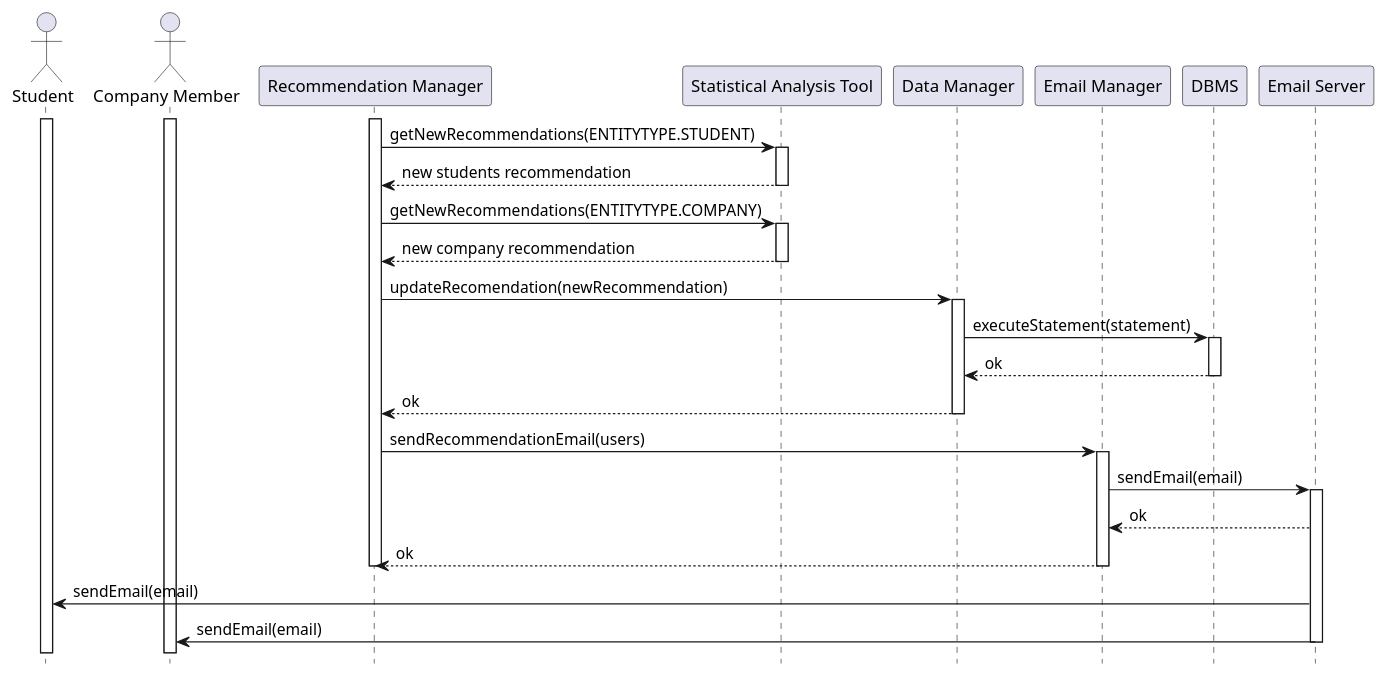
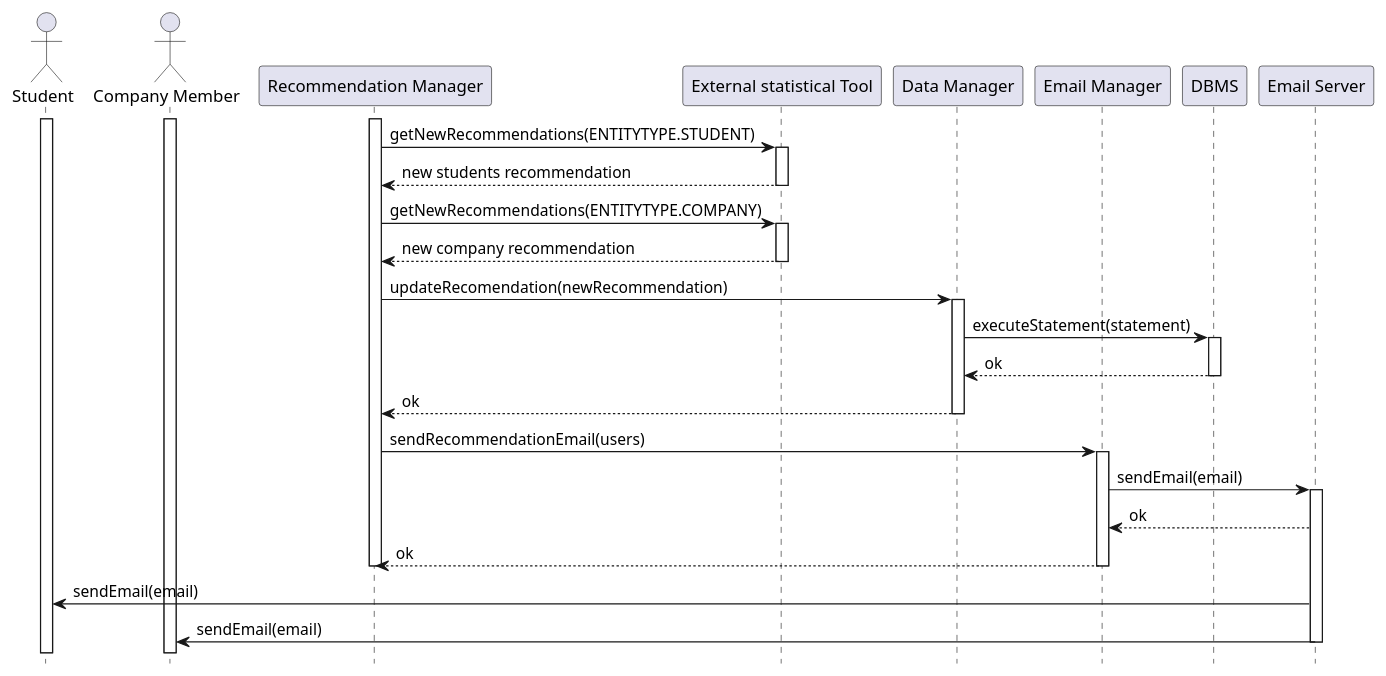
The diagram in DD/Architectural_design/uml_diagrams/RV13_diagram.puml (matti8702/R_and_DD_project_SE2), drawn with PlantUML before and after one commit. The commit also changed 5 other files, not shown here.

```diff
--- a/DD/Architectural_design/uml_diagrams/RV13_diagram.puml
+++ b/DD/Architectural_design/uml_diagrams/RV13_diagram.puml
@@ -1,50 +1,50 @@
 @startuml RV13_diagram
 hide footbox
 
 actor "Student" as S 
 actor "Company Member" as C
 participant "Recommendation Manager" as RM
-participant "Statistical Analysis Tool" as SAT
+participant "External statistical Tool" as SAT
 participant "Data Manager" as DM
 participant "Email Manager" as EM
 participant "DBMS" as RD
 participant "Email Server" as E
 
 
 activate S
 activate C
 activate RM
 
 RM -> SAT: getNewRecommendations(ENTITYTYPE.STUDENT) 
 activate SAT
 SAT --> RM: new students recommendation
 deactivate SAT
 RM -> SAT: getNewRecommendations(ENTITYTYPE.COMPANY) 
 activate SAT
 SAT --> RM: new company recommendation
 deactivate SAT
 RM -> DM: updateRecomendation(newRecommendation)
 activate DM
 DM -> RD: executeStatement(statement)
 activate RD
 RD --> DM: ok
 deactivate RD
 DM --> RM: ok
 deactivate DM
 RM -> EM: sendRecommendationEmail(users)
 activate EM
 EM -> E: sendEmail(email)
 activate E
 E --> EM: ok
 EM --> RM: ok
 deactivate EM
 deactivate RM
 E -> S: sendEmail(email)
 E -> C: sendEmail(email)
 deactivate E
 
 
 
 
 
 @enduml
```
